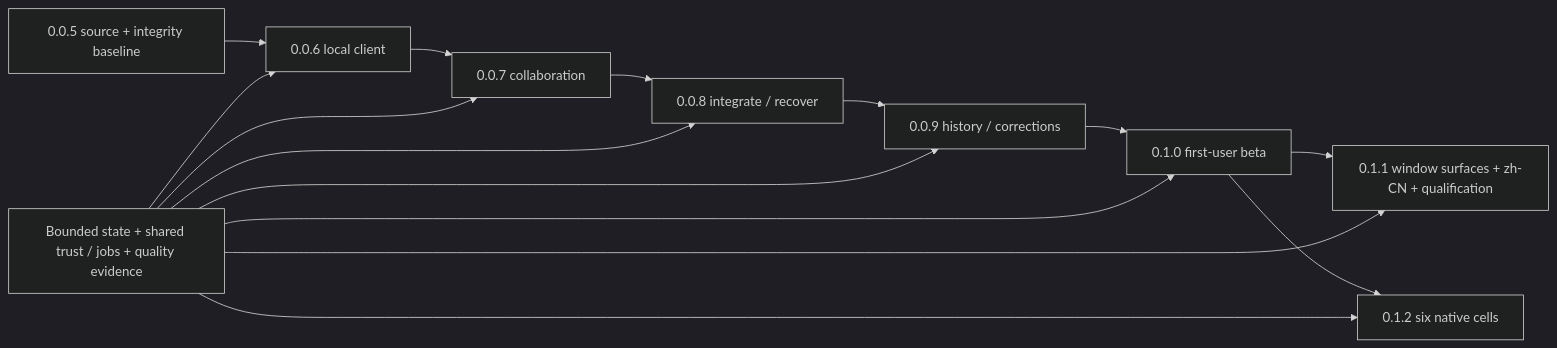
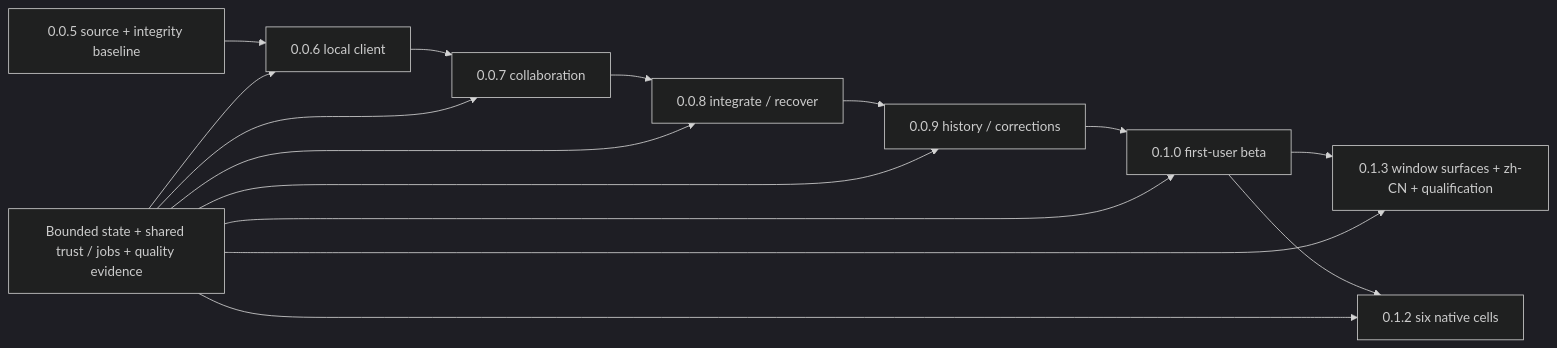
The diagram in plan/roadmap-0.1.0.md (partnernetsoftware/minicon-srcmgr), drawn with Mermaid (dark theme) before and after one commit. The commit also changed other lines of this file and 7 other files, not shown here.

````diff
--- a/plan/roadmap-0.1.0.md
+++ b/plan/roadmap-0.1.0.md
@@ -20,8 +20,8 @@
 ```mermaid
 flowchart LR
     B["0.0.5 source + integrity baseline"] --> L["0.0.6 local client"]
     L --> N["0.0.7 collaboration"] --> C["0.0.8 integrate / recover"]
-    C --> H["0.0.9 history / corrections"] --> U["0.1.0 first-user beta"] --> V["0.1.1 window surfaces + zh-CN + qualification"]
+    C --> H["0.0.9 history / corrections"] --> U["0.1.0 first-user beta"] --> V["0.1.3 window surfaces + zh-CN + qualification"]
     U --> X["0.1.2 six native cells"]
     Q["Bounded state + shared trust / jobs + quality evidence"] --> L & N & C & H & U & V & X
 ```
````
